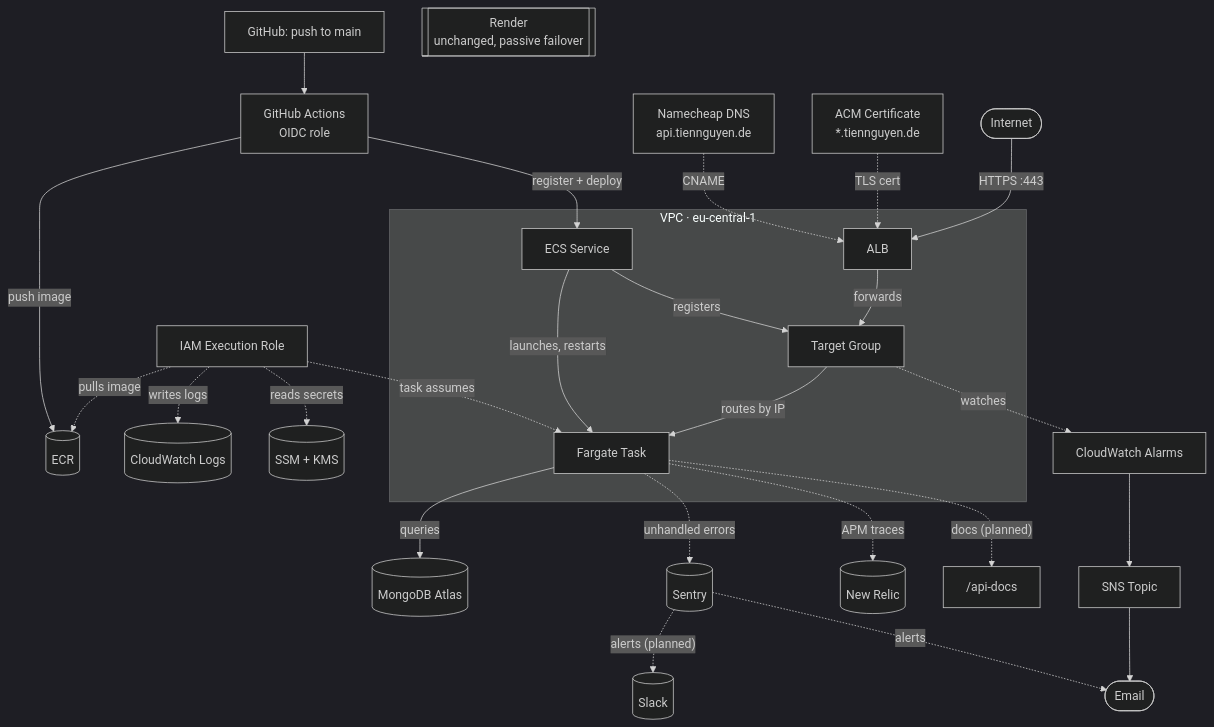
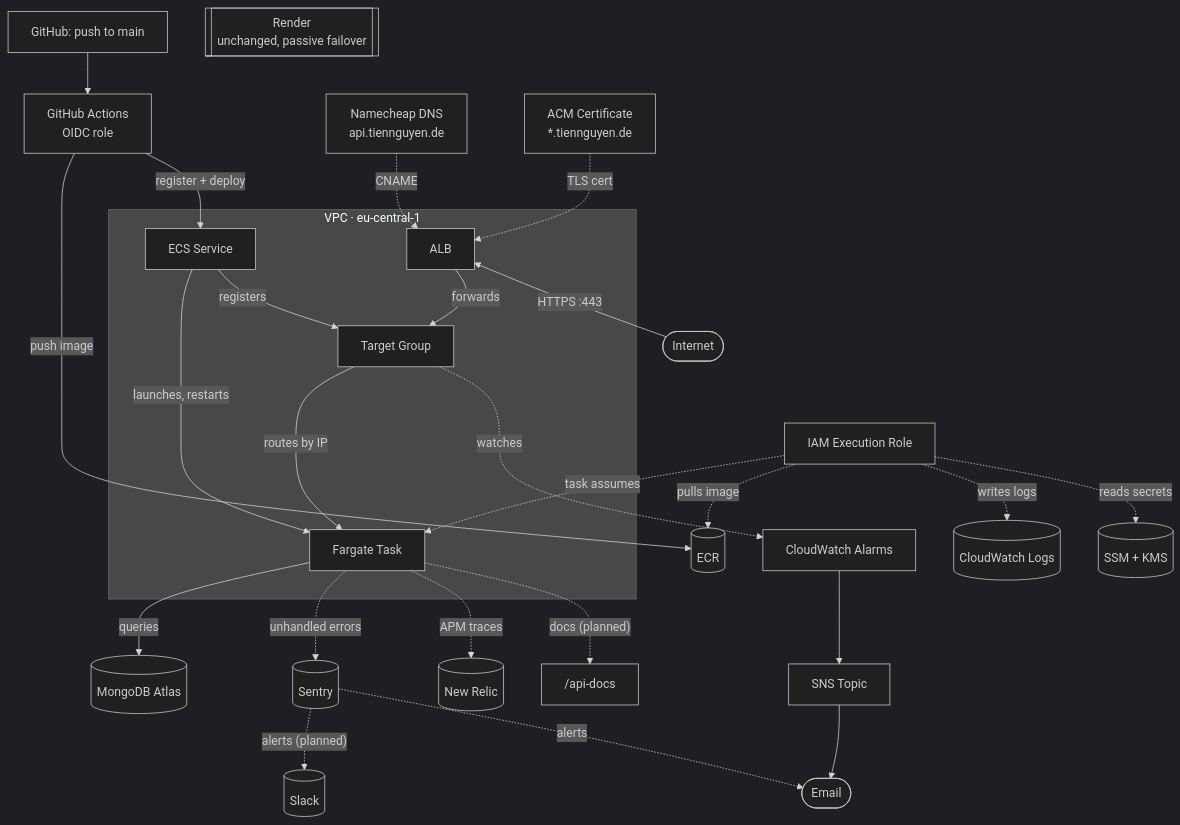
Before and after one commit to ntrix/amazin-be: the second of 2 diagrams in README.md, drawn with Mermaid (dark theme).

Commit message:
docs(readme): nudge Internet/IAM role nodes with invisible links to fix layout

````diff
--- a/README.md
+++ b/README.md
@@ -116,40 +116,40 @@
 ```mermaid
 flowchart TB
   GitHub["GitHub: push to main"] --> Actions["GitHub Actions<br/>OIDC role"]
   Actions -->|"push image"| ECR2[("ECR")]
   Actions -->|"register + deploy"| Service2
 
   DNS["Namecheap DNS<br/>api.tiennguyen.de"] -. CNAME .-> ALB2
   ACM["ACM Certificate<br/>*.tiennguyen.de"] -. "TLS cert" .-> ALB2
 
-  Internet2([Internet]) -->|"HTTPS :443"| ALB2["ALB"]
+  ~~~Internet2([Internet]) -->|"HTTPS :443"| ALB2["ALB"]
   ALB2 -->|forwards| TG2["Target Group"]
   TG2 -->|"routes by IP"| Task2["Fargate Task"]
   Task2 -->|queries| Mongo2[("MongoDB Atlas")]
   Service2["ECS Service"] -->|"launches, restarts"| Task2
   Service2 -->|registers| TG2
 
-  Role2["IAM Execution Role"] -. "task assumes" .-> Task2
+  ~~~Role2["IAM Execution Role"] -. "task assumes" .-> Task2
   Role2 -. "pulls image" .-> ECR2
   Role2 -. "writes logs" .-> Logs2[("CloudWatch Logs")]
   Role2 -. "reads secrets" .-> SSM2[("SSM + KMS")]
 
   TG2 -. watches .-> Alarms["CloudWatch Alarms"]
   Alarms --> SNS["SNS Topic"]
   SNS --> Email([Email])
 
   Task2 -. "unhandled errors" .-> Sentry[("Sentry")]
   Task2 -. "APM traces" .-> NewRelic[("New Relic")]
   Task2 -. "docs (planned)" .-> OpenAPI["/api-docs"]
   Sentry -. "alerts (planned)" .-> Slack[("Slack")]
   Sentry -. alerts .-> Email
 
   Render2[["Render<br/>unchanged, passive failover"]]
 
   subgraph VPC2["VPC · eu-central-1"]
     ALB2
     TG2
     Task2
     Service2
   end
 ```
````
